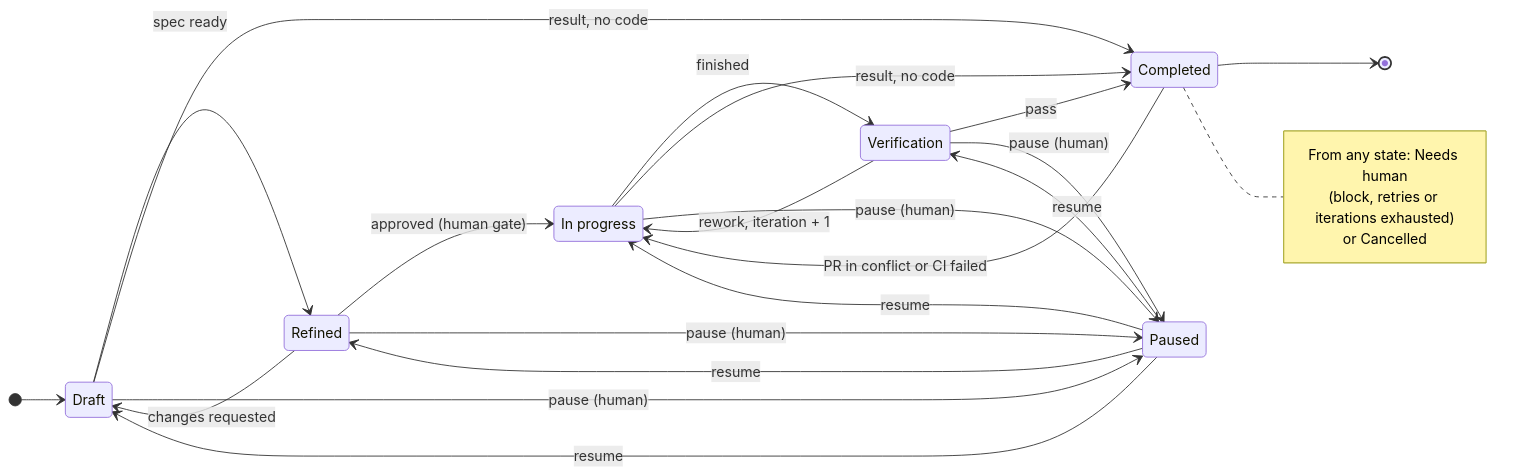
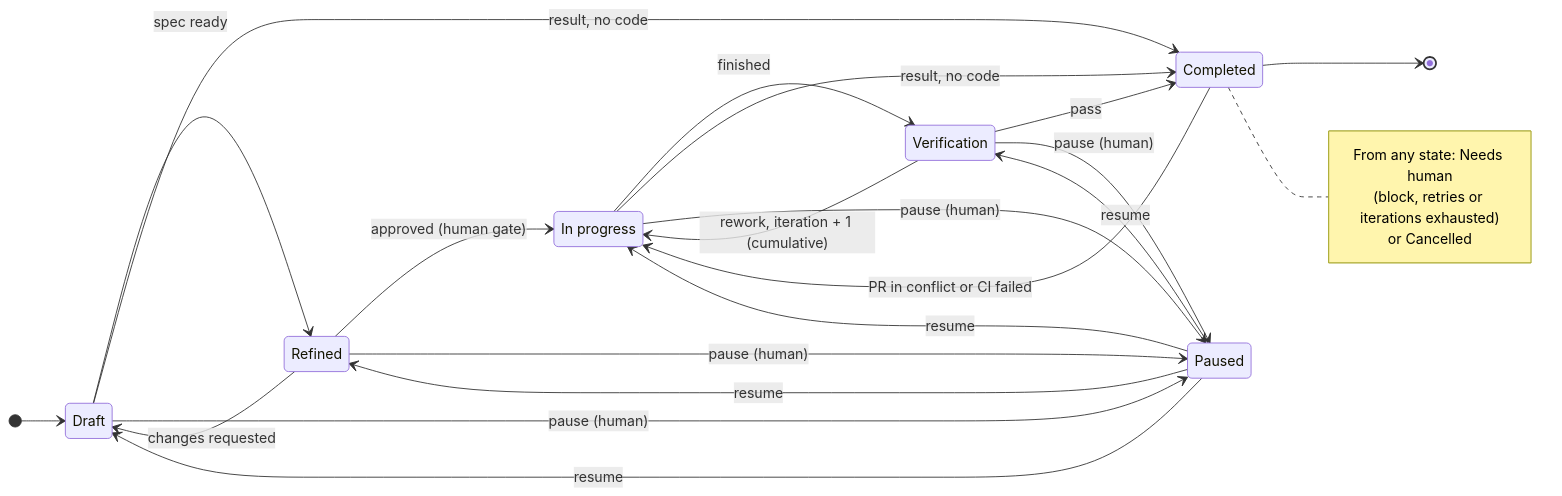
The first of 2 diagrams in docs/design.md (sergiowero/lunas-queue), drawn with Mermaid before and after one commit. The commit also changed other lines of this file and 5 other files, not shown here.

First line of the commit message:
test(server): cover the exhausted-resume-rework loop; docs: cumulative iteration and cycle start

````diff
--- a/docs/design.md
+++ b/docs/design.md
@@ -58,29 +58,29 @@
 ```mermaid
 stateDiagram-v2
     direction LR
     [*] --> Draft
     Draft --> Refined: spec ready
     Refined --> Draft: changes requested
     Refined --> InProgress: approved (human gate)
     InProgress --> Verification: finished
-    Verification --> InProgress: rework, iteration + 1
+    Verification --> InProgress: rework, iteration + 1 (cumulative)
     Verification --> Completed: pass
     Draft --> Completed: result, no code
     InProgress --> Completed: result, no code
     Completed --> InProgress: PR in conflict or CI failed
     Completed --> [*]
     Draft --> Paused: pause (human)
     Refined --> Paused: pause (human)
     InProgress --> Paused: pause (human)
     Verification --> Paused: pause (human)
     Paused --> Draft: resume
     Paused --> Refined: resume
     Paused --> InProgress: resume
     Paused --> Verification: resume
     InProgress: In progress
     note right of Completed
         From any state: Needs human
         (block, retries or iterations exhausted)
         or Cancelled
     end note
 ```
````
